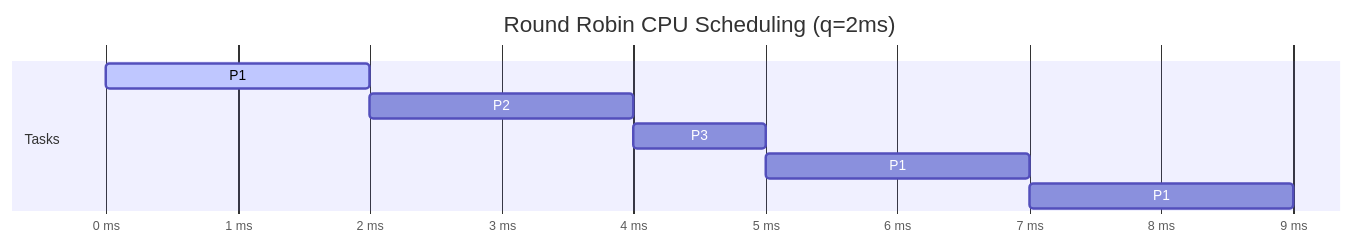
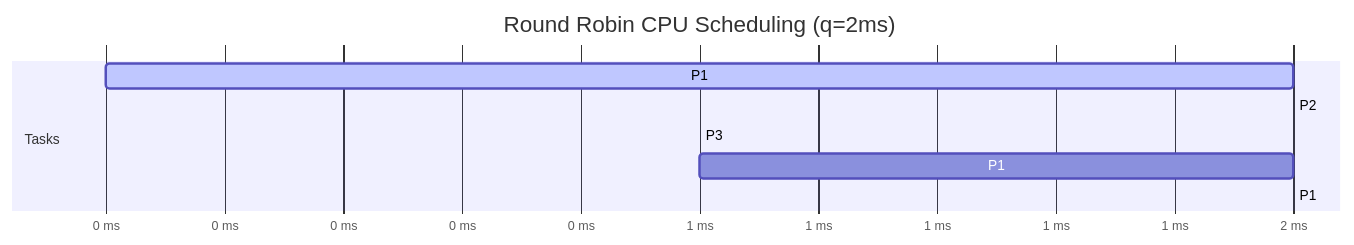
One commit to zenyyxz/Zen_dx-Notes changed the fifth of 8 diagrams in 03 - ICT/Subtopics/OS Process & Memory Management.md. Above: the diagram before and after it, drawn with Mermaid. The commit also changed other lines of this file and 1 other file, not shown here.

````diff
--- a/03 - ICT/Subtopics/OS Process & Memory Management.md
+++ b/03 - ICT/Subtopics/OS Process & Memory Management.md
@@ -87,12 +114,12 @@
 ``` mermaid
 gantt
     title Round Robin CPU Scheduling (q=2ms)
     dateFormat X
     axisFormat %s ms
     section Tasks
     P1 : active, p1_1, 0, 2
-    P2 : p2_1, after p1_1, 4
-    P3 : p3_1, after p2_1, 5
-    P1 : p1_2, after p3_1, 7
-    P1 : p1_3, after p1_2, 9
+    P2 : p2_1, after p1_1, 2
+    P3 : p3_1, after p2_1, 1
+    P1 : p1_2, after p3_1, 2
+    P1 : p1_3, after p1_2, 2
 ```
````
